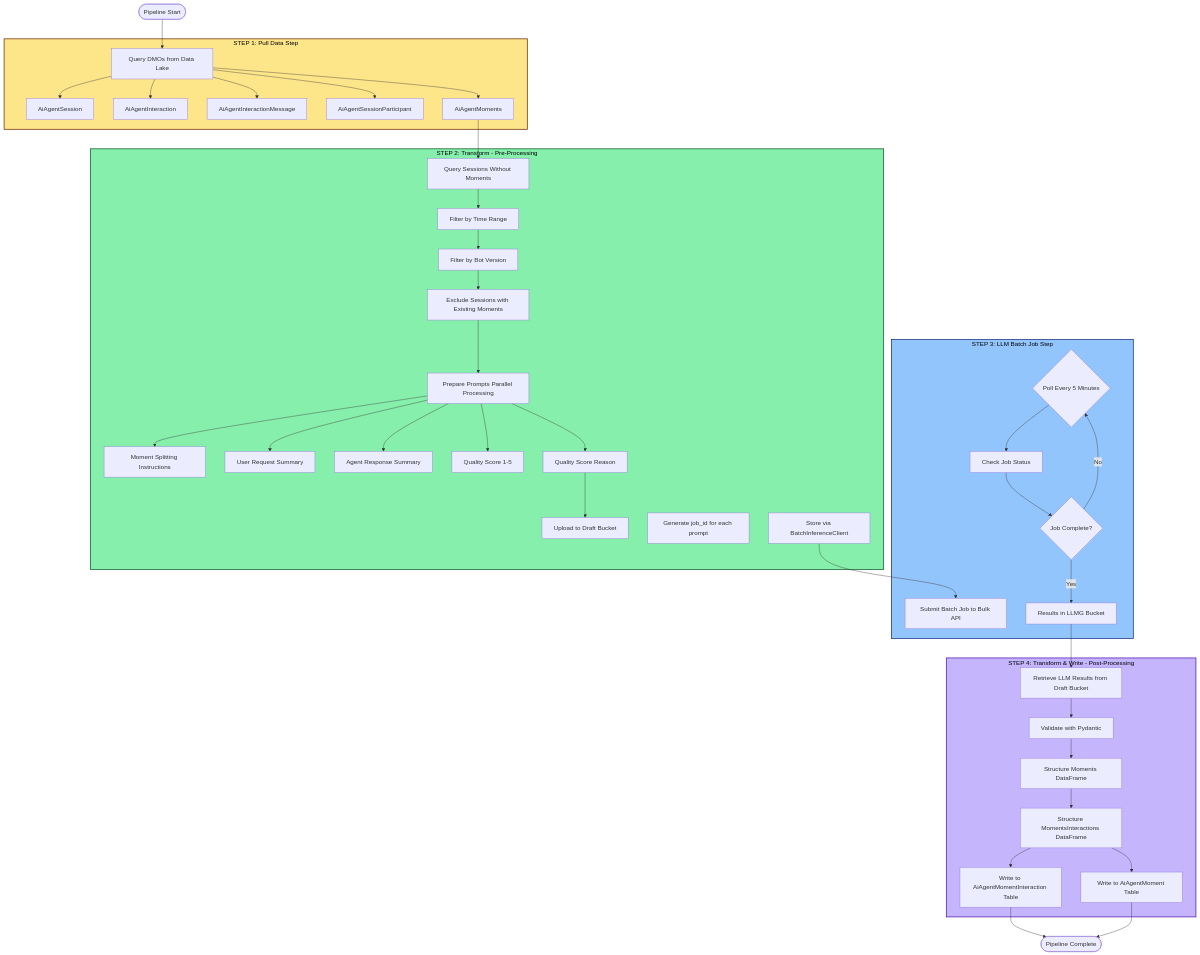
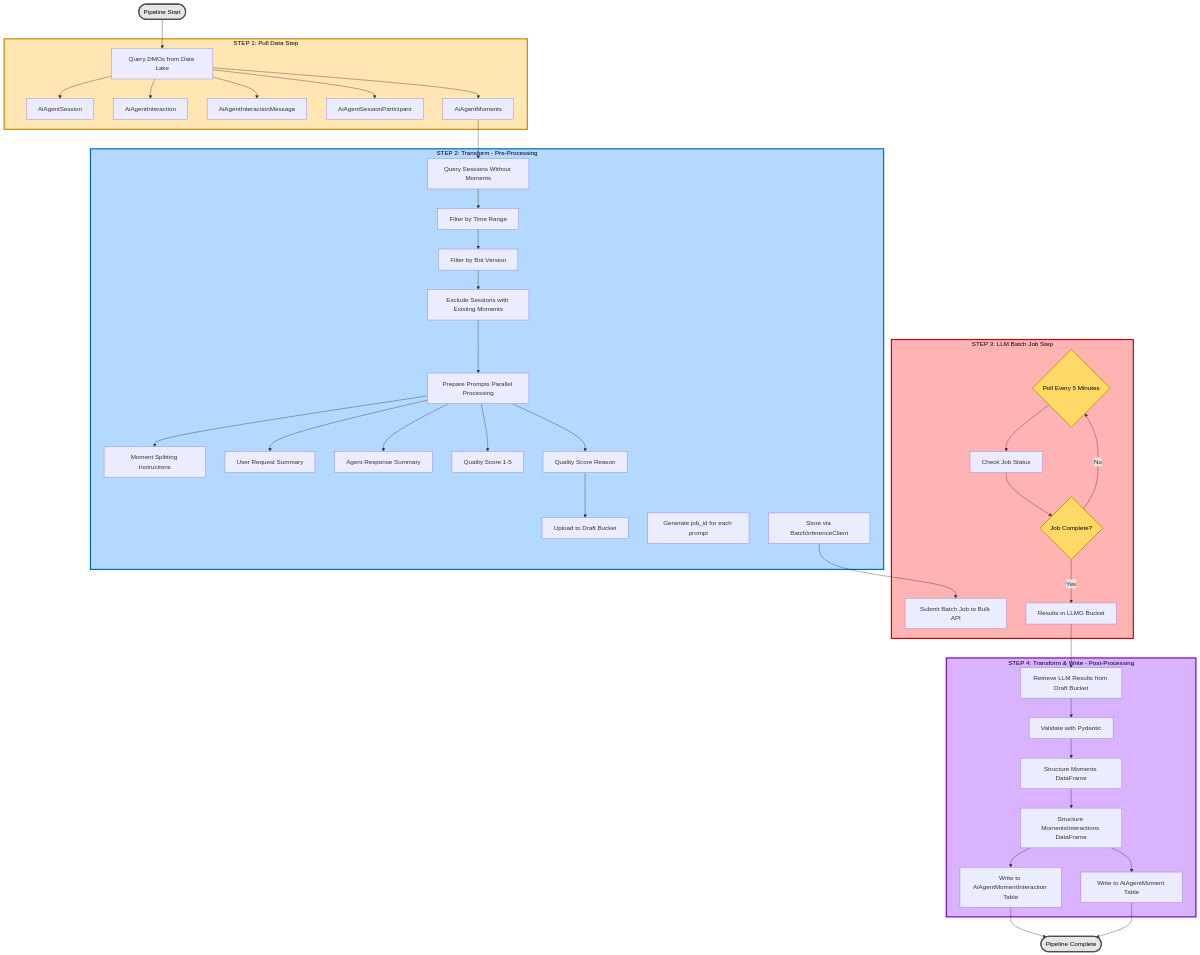
The first of 4 diagrams in agentforce/observability/README_Agentforce_Observability_Pipeline_Implementation.md (arupsarkar-sfdc/Misc), drawn with Mermaid before and after one commit. The commit also changed other lines of this file, not shown here.

Commit message:
Updated the color scheme of diagrams

````diff
--- a/agentforce/observability/README_Agentforce_Observability_Pipeline_Implementation.md
+++ b/agentforce/observability/README_Agentforce_Observability_Pipeline_Implementation.md
@@ -89,77 +89,81 @@
 ```mermaid
 graph TD
     START([Pipeline Start]) --> STEP1
     
     subgraph Step1["STEP 1: Pull Data Step"]
         STEP1[Query DMOs from Data Lake]
         STEP1_1[AiAgentSession]
         STEP1_2[AiAgentInteraction]
         STEP1_3[AiAgentInteractionMessage]
         STEP1_4[AiAgentSessionParticipant]
         STEP1_5[AiAgentMoments]
         STEP1 --> STEP1_1
         STEP1 --> STEP1_2
         STEP1 --> STEP1_3
         STEP1 --> STEP1_4
         STEP1 --> STEP1_5
     end
     
     subgraph Step2["STEP 2: Transform - Pre-Processing"]
         STEP2[Query Sessions Without Moments]
         STEP2_1[Filter by Time Range]
         STEP2_2[Filter by Bot Version]
         STEP2_3[Exclude Sessions with Existing Moments]
         STEP2 --> STEP2_1 --> STEP2_2 --> STEP2_3
         
         STEP3[Prepare Prompts Parallel Processing]
         STEP3_1[Moment Splitting Instructions]
         STEP3_2[User Request Summary]
         STEP3_3[Agent Response Summary]
         STEP3_4[Quality Score 1-5]
         STEP3_5[Quality Score Reason]
         STEP3 --> STEP3_1
         STEP3 --> STEP3_2
         STEP3 --> STEP3_3
         STEP3 --> STEP3_4
         STEP3 --> STEP3_5
         
         STEP4[Upload to Draft Bucket]
         STEP4_1[Generate job_id for each prompt]
         STEP4_2[Store via BatchInferenceClient]
     end
     
     subgraph Step3["STEP 3: LLM Batch Job Step"]
         STEP5[Submit Batch Job to Bulk API]
         STEP6{Poll Every 5 Minutes}
         STEP7[Check Job Status]
         STEP8{Job Complete?}
         STEP6 --> STEP7 --> STEP8
         STEP8 -->|No| STEP6
         STEP8 -->|Yes| STEP9[Results in LLMG Bucket]
     end
     
     subgraph Step4["STEP 4: Transform & Write - Post-Processing"]
         STEP10[Retrieve LLM Results from Draft Bucket]
         STEP11[Validate with Pydantic]
         STEP12[Structure Moments DataFrame]
         STEP13[Structure MomentsInteractions DataFrame]
         STEP14[Write to AiAgentMoment Table]
         STEP15[Write to AiAgentMomentInteraction Table]
         STEP10 --> STEP11 --> STEP12 --> STEP13
         STEP13 --> STEP14
         STEP13 --> STEP15
     end
     
     STEP1_5 --> STEP2
     STEP2_3 --> STEP3
     STEP3_5 --> STEP4
     STEP4_2 --> STEP5
     STEP9 --> STEP10
     STEP15 --> ENDP1([Pipeline Complete])
     STEP14 --> ENDP1
     
-    style Step1 fill:#fde68a,stroke:#78350f,stroke-width:2px,color:#000
-    style Step2 fill:#86efac,stroke:#166534,stroke-width:2px,color:#000
-    style Step3 fill:#93c5fd,stroke:#1e3a8a,stroke-width:2px,color:#000
-    style Step4 fill:#c4b5fd,stroke:#5b21b6,stroke-width:2px,color:#000
+    style Step1 fill:#FFE6B3,stroke:#CC8800,stroke-width:3px,color:#000
+    style Step2 fill:#B3D9FF,stroke:#0066CC,stroke-width:3px,color:#000
+    style Step3 fill:#FFB3B3,stroke:#CC0000,stroke-width:3px,color:#000
+    style Step4 fill:#D9B3FF,stroke:#7700CC,stroke-width:3px,color:#000
+    style START fill:#E6E6E6,stroke:#4D4D4D,stroke-width:3px,color:#000
+    style ENDP1 fill:#E6E6E6,stroke:#4D4D4D,stroke-width:3px,color:#000
+    style STEP6 fill:#FFD966,stroke:#B38600,stroke-width:2px,color:#000
+    style STEP8 fill:#FFD966,stroke:#B38600,stroke-width:2px,color:#000
 ```
````
